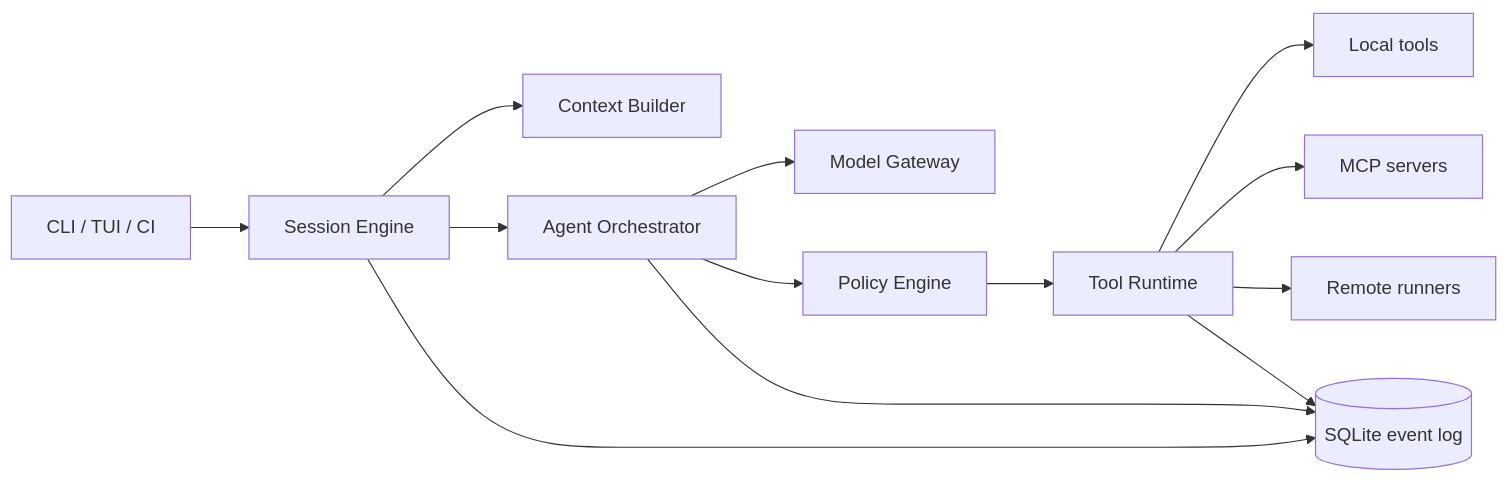
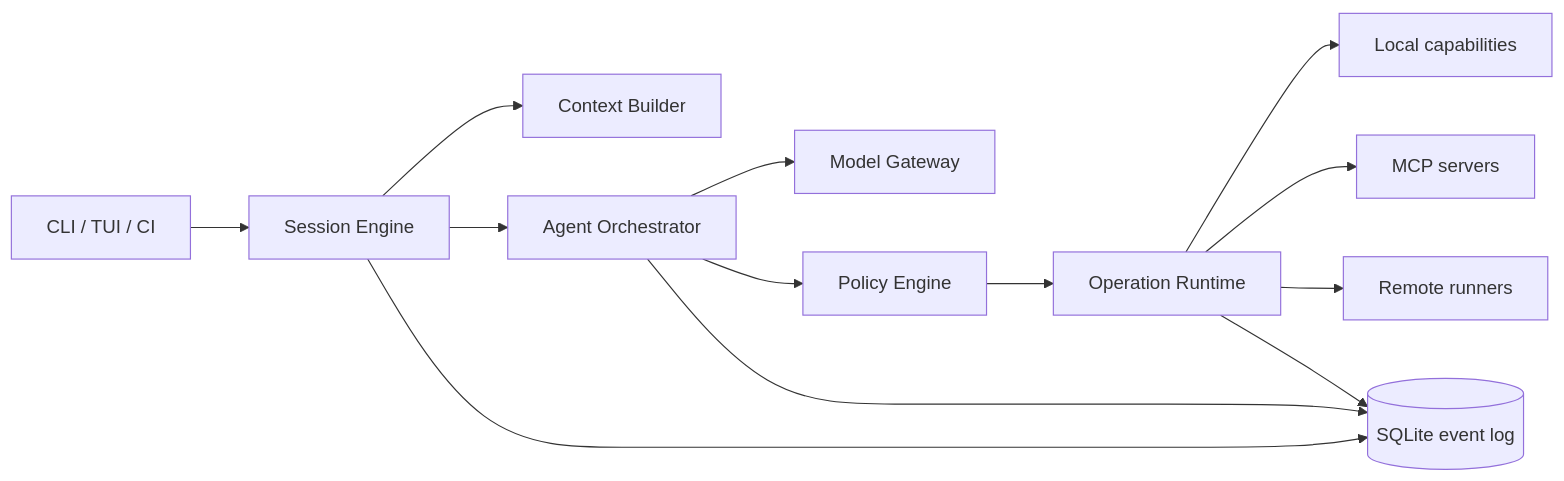
Before and after one commit to alfikr/arsy-code: the diagram in README.md, drawn with Mermaid. The commit also changed other lines of this file and 50 other files, not shown here.

````diff
--- a/README.md
+++ b/README.md
@@ -56,15 +46,15 @@
 ```mermaid
 flowchart LR
     U[CLI / TUI / CI] --> S[Session Engine]
     S --> C[Context Builder]
     S --> O[Agent Orchestrator]
     O --> M[Model Gateway]
     O --> P[Policy Engine]
-    P --> T[Tool Runtime]
-    T --> L[Local tools]
+    P --> T[Operation Runtime]
+    T --> L[Local capabilities]
     T --> X[MCP servers]
     T --> R[Remote runners]
     S --> E[(SQLite event log)]
     O --> E
     T --> E
 ```
````
